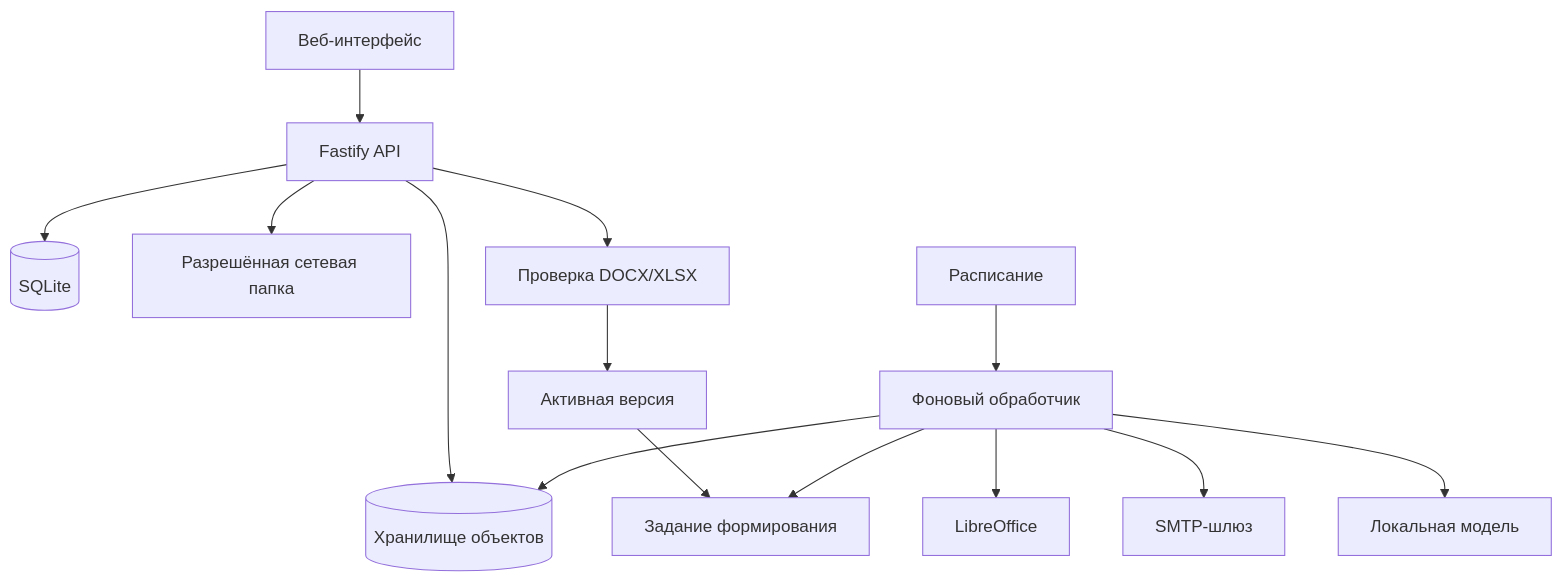
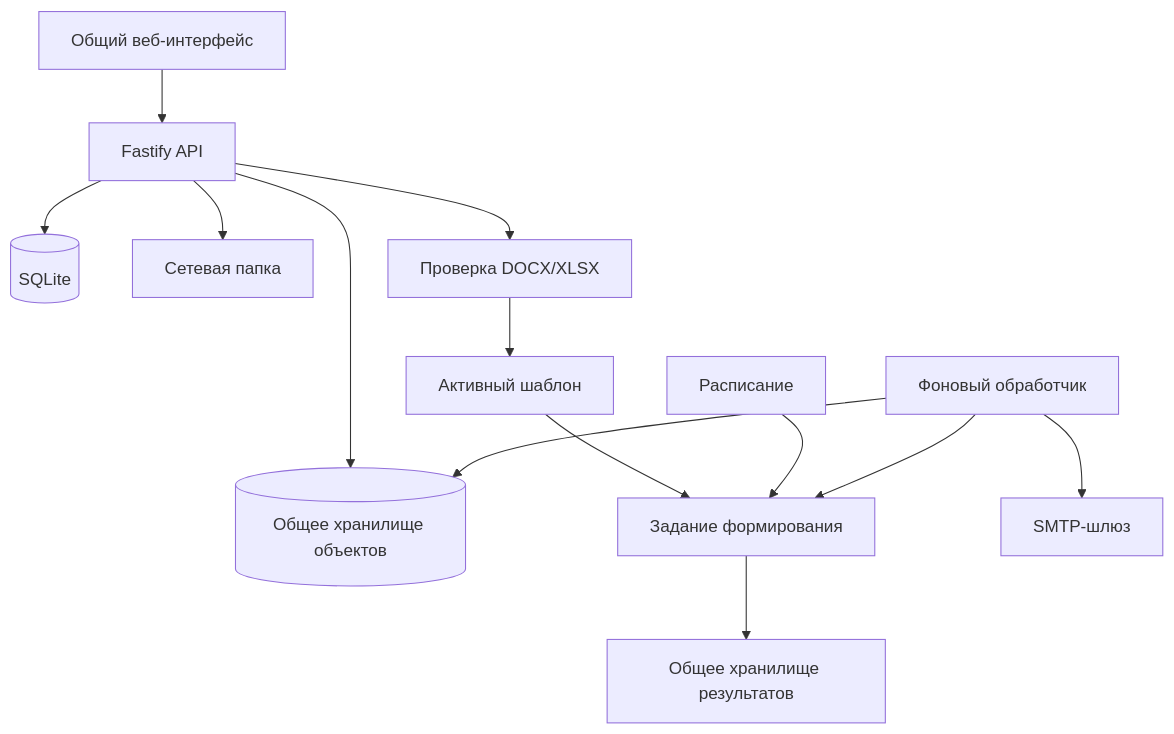
The diagram in README.md (f2re/docomator), drawn with Mermaid before and after one commit. The commit also changed other lines of this file, not shown here.

Commit message:
Зафиксировать общее корпоративное хранилище

````diff
--- a/README.md
+++ b/README.md
@@ -198,16 +164,15 @@
 ```mermaid
 flowchart TB
-    UI[Веб-интерфейс] --> API[Fastify API]
+    UI[Общий веб-интерфейс] --> API[Fastify API]
     API --> DB[(SQLite)]
-    API --> OBJECTS[(Хранилище объектов)]
-    API --> SHARE[Разрешённая сетевая папка]
+    API --> OBJECTS[(Общее хранилище объектов)]
+    API --> SHARE[Сетевая папка]
     API --> INTAKE[Проверка DOCX/XLSX]
-    INTAKE --> RELEASE[Активная версия]
+    INTAKE --> RELEASE[Активный шаблон]
     RELEASE --> JOB[Задание формирования]
-    SCHEDULE[Расписание] --> WORKER[Фоновый обработчик]
-    WORKER --> JOB
+    SCHEDULE[Расписание] --> JOB
+    WORKER[Фоновый обработчик] --> JOB
     WORKER --> OBJECTS
-    WORKER --> LO[LibreOffice]
     WORKER --> SMTP[SMTP-шлюз]
-    WORKER --> LLM[Локальная модель]
+    JOB --> RESULTS[Общее хранилище результатов]
 ```
````
